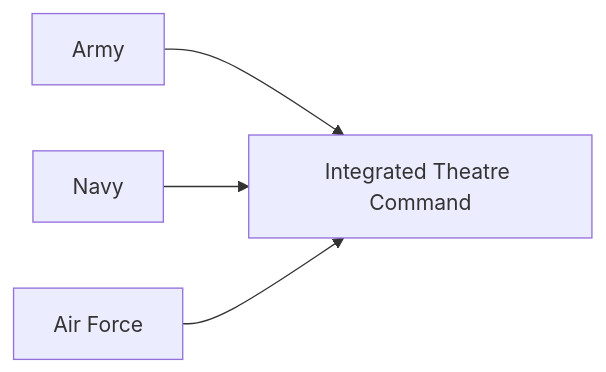
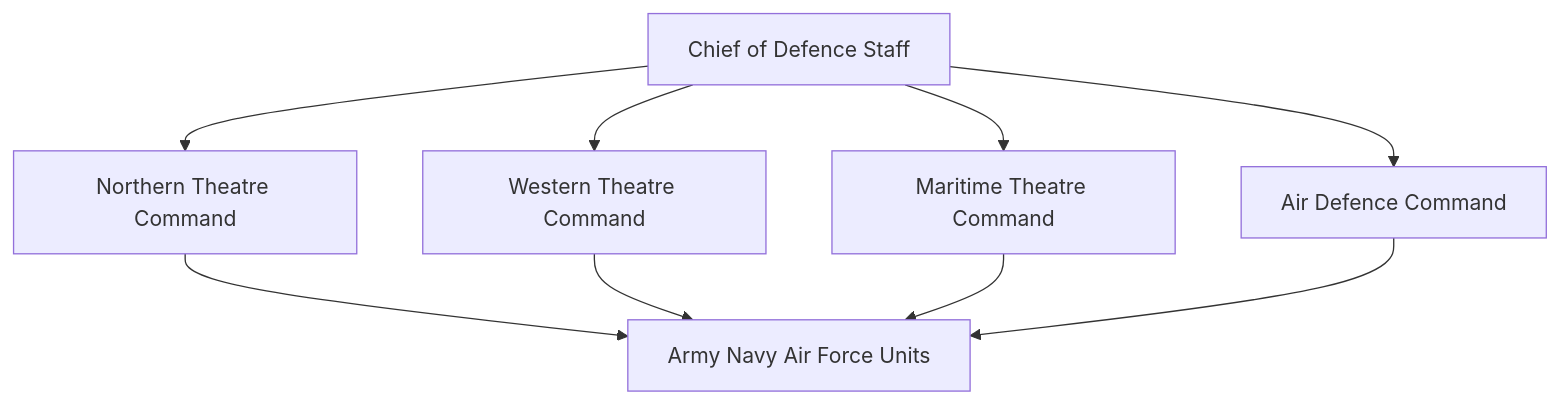
The second of 3 diagrams in 24-defence-and-national-security/armed-forces/command-and-control-structure.md (abhijitxroy/india), drawn with Mermaid before and after one commit. The commit also changed other lines of this file and 113 other files, not shown here.

````diff
--- a/24-defence-and-national-security/armed-forces/command-and-control-structure.md
+++ b/24-defence-and-national-security/armed-forces/command-and-control-structure.md
@@ -184,6 +214,14 @@
 ```mermaid
-flowchart LR
-    A[Army] --> D[Integrated Theatre Command]
-    B[Navy] --> D
-    C[Air Force] --> D
+flowchart TD
+    A[Chief of Defence Staff]
+
+    A --> B[Northern Theatre Command]
+    A --> C[Western Theatre Command]
+    A --> D[Maritime Theatre Command]
+    A --> E[Air Defence Command]
+
+    B --> F[Army Navy Air Force Units]
+    C --> F
+    D --> F
+    E --> F
 ```
````
